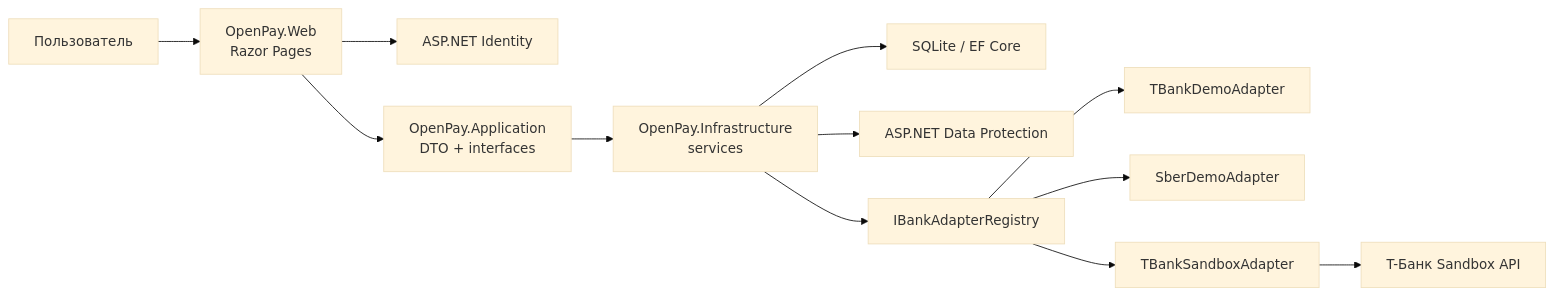
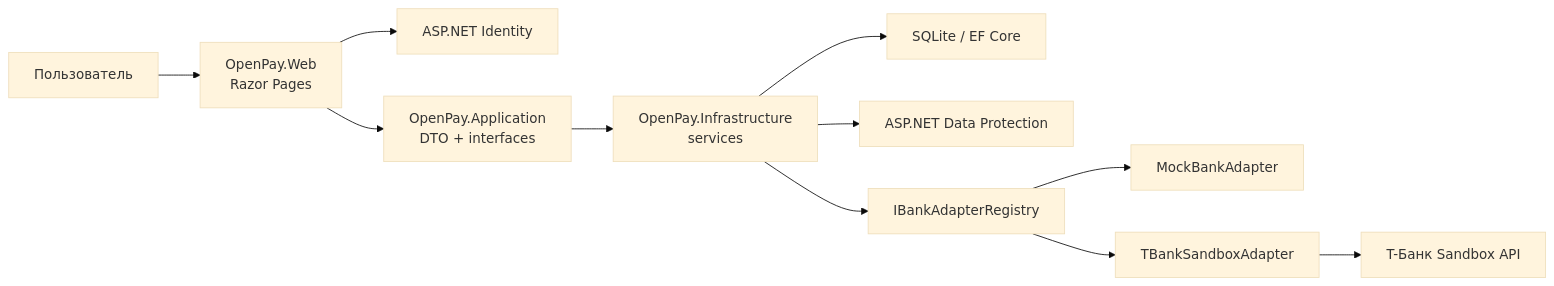
The first of 5 diagrams in docs/vkr/ARCHITECTURE.md (shahpahtah/VKR_OpenPay), drawn with Mermaid (base theme) before and after one commit. The commit also changed other lines of this file and 15 other files, not shown here.

Commit message:
Fix admin access and mock bank adapter

````diff
--- a/docs/vkr/ARCHITECTURE.md
+++ b/docs/vkr/ARCHITECTURE.md
@@ -25,14 +25,13 @@
 ```mermaid
 flowchart LR
     User["Пользователь"] --> Web["OpenPay.Web<br/>Razor Pages"]
     Web --> Identity["ASP.NET Identity"]
     Web --> AppContracts["OpenPay.Application<br/>DTO + interfaces"]
     AppContracts --> Infra["OpenPay.Infrastructure<br/>services"]
     Infra --> Db["SQLite / EF Core"]
     Infra --> Protection["ASP.NET Data Protection"]
     Infra --> Registry["IBankAdapterRegistry"]
-    Registry --> TBankDemo["TBankDemoAdapter"]
-    Registry --> SberDemo["SberDemoAdapter"]
+    Registry --> MockBank["MockBankAdapter"]
     Registry --> TBankSandbox["TBankSandboxAdapter"]
     TBankSandbox --> TBankApi["T-Банк Sandbox API"]
 ```
````
